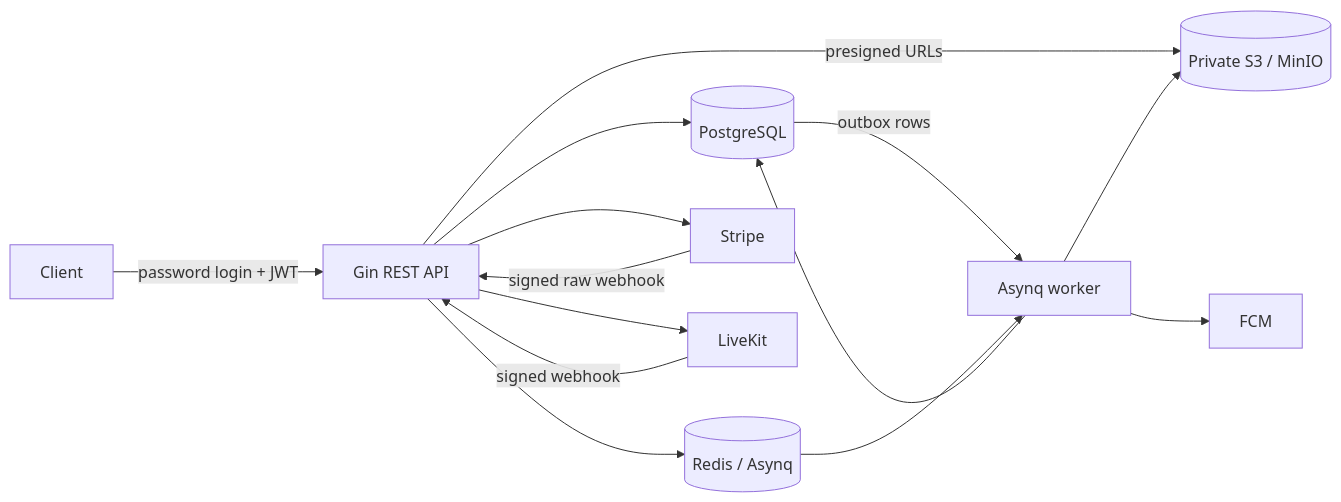
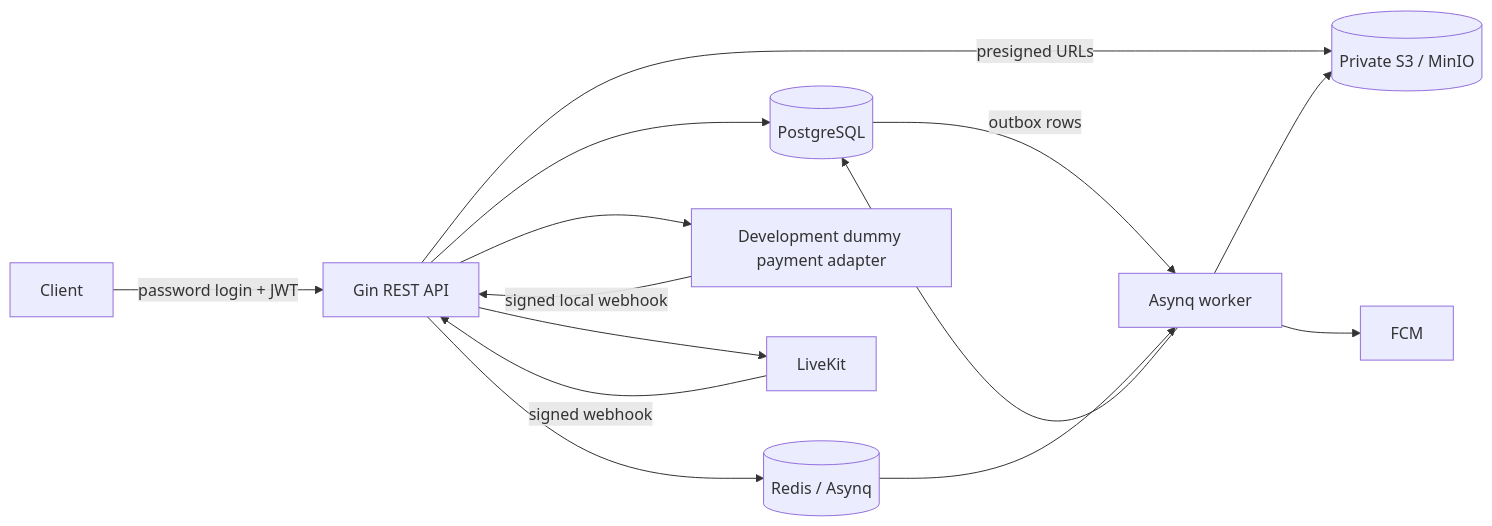
Before and after one commit to Faysal9991/edtech_Backend: the diagram in docs/architecture.md, drawn with Mermaid. The commit also changed 26 other files, not shown here.

Commit message:
update pyment sustem in dummy payment

````diff
--- a/docs/architecture.md
+++ b/docs/architecture.md
@@ -7,16 +7,16 @@
 ```mermaid
 flowchart LR
   Client -->|password login + JWT| API[Gin REST API]
   API --> PG[(PostgreSQL)]
   API --> Redis[(Redis / Asynq)]
   API -->|presigned URLs| S3[(Private S3 / MinIO)]
-  API --> Stripe
+  API --> DummyPayment[Development dummy payment adapter]
   API --> LiveKit
   PG -->|outbox rows| Worker[Asynq worker]
   Redis --> Worker
   Worker --> S3
   Worker --> FCM
   Worker --> PG
-  Stripe -->|signed raw webhook| API
+  DummyPayment -->|signed local webhook| API
   LiveKit -->|signed webhook| API
 ```
````
